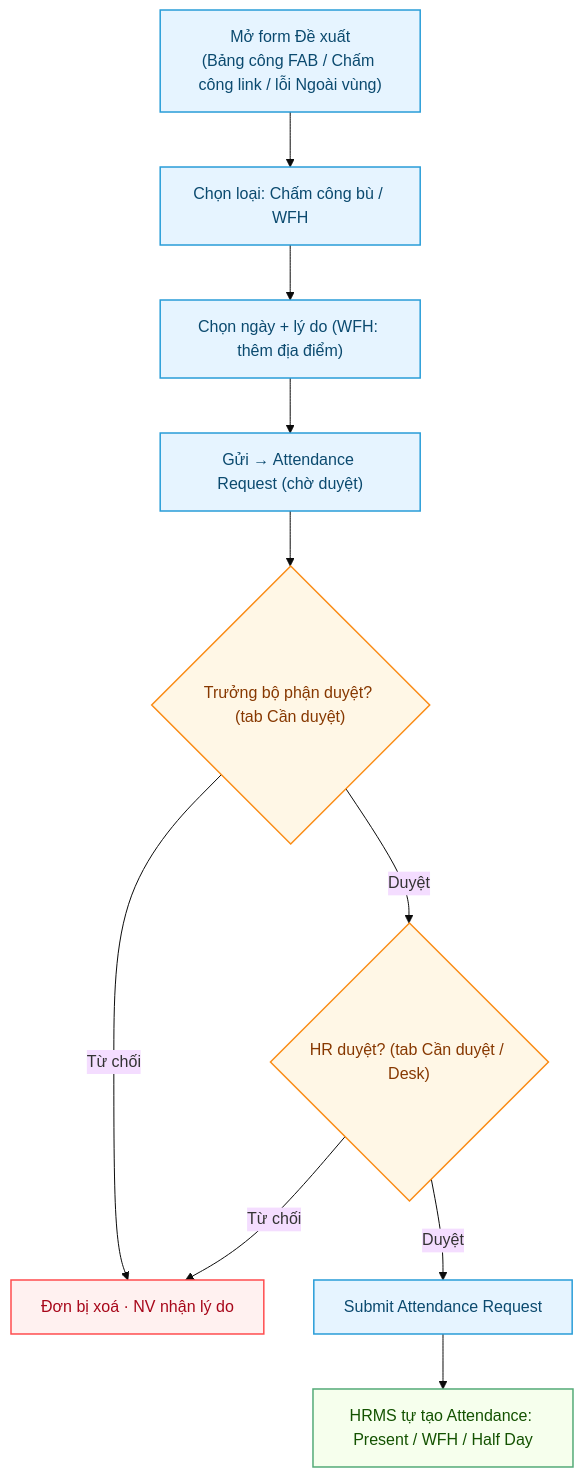
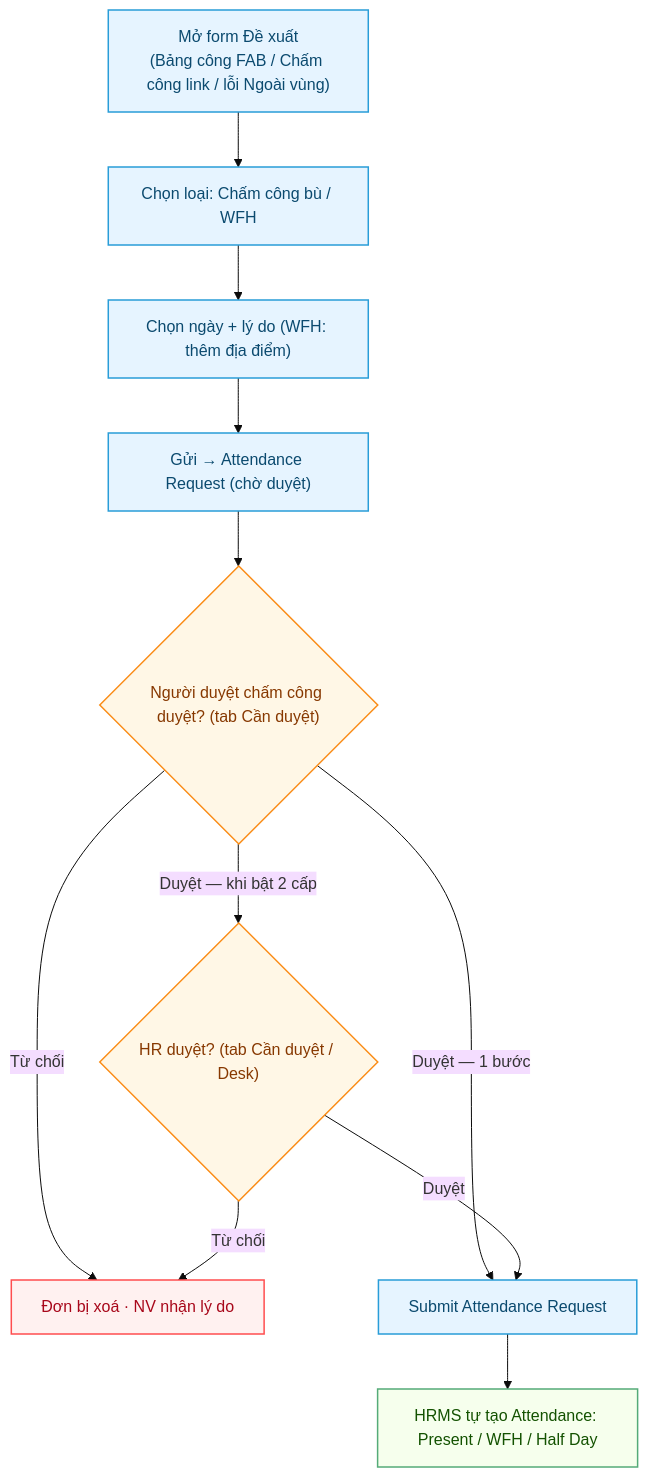
Before and after one commit to CobeGroup/cobe_erp_documents: the diagram in users/HR-Attendance-Request.md, drawn with Mermaid. The commit also changed other lines of this file and 14 other files, not shown here.

````diff
--- a/users/HR-Attendance-Request.md
+++ b/users/HR-Attendance-Request.md
@@ -22,23 +22,24 @@
 ```mermaid
 %%{init: {'theme':'base','themeVariables':{'fontSize':'16px'},'flowchart':{'nodeSpacing':50,'rankSpacing':55}}}%%
 flowchart TD
   classDef process fill:#e6f4ff,stroke:#299dd8,stroke-width:1.5px,color:#0b4a6f;
   classDef decision fill:#fff7e6,stroke:#fa8c16,stroke-width:1.5px,color:#873800;
   classDef good fill:#f6ffed,stroke:#54ab78,stroke-width:1.5px,color:#135200;
   classDef bad fill:#fff1f0,stroke:#ff4d4f,stroke-width:1.5px,color:#a8071a;
 
   A["Mở form Đề xuất<br/>(Bảng công FAB / Chấm công link / lỗi Ngoài vùng)"] --> B["Chọn loại: Chấm công bù / WFH"]
   B --> C["Chọn ngày + lý do (WFH: thêm địa điểm)"]
   C --> D["Gửi → Attendance Request (chờ duyệt)"]
-  D --> E{"Trưởng bộ phận duyệt? (tab Cần duyệt)"}
+  D --> E{"Người duyệt chấm công duyệt? (tab Cần duyệt)"}
   E -- "Từ chối" --> X["Đơn bị xoá · NV nhận lý do"]
-  E -- "Duyệt" --> E2{"HR duyệt? (tab Cần duyệt / Desk)"}
+  E -- "Duyệt — 1 bước" --> F["Submit Attendance Request"]
+  E -- "Duyệt — khi bật 2 cấp" --> E2{"HR duyệt? (tab Cần duyệt / Desk)"}
   E2 -- "Từ chối" --> X
-  E2 -- "Duyệt" --> F["Submit Attendance Request"]
+  E2 -- "Duyệt" --> F
   F --> G["HRMS tự tạo Attendance: Present / WFH / Half Day"]
 
   class A,B,C,D,F process
   class E,E2 decision
   class G good
   class X bad
 ```
````
